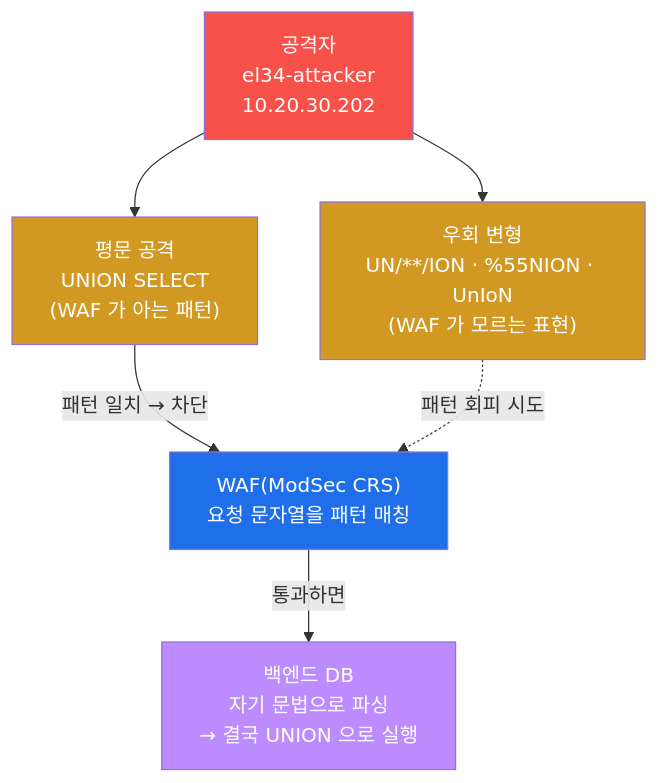
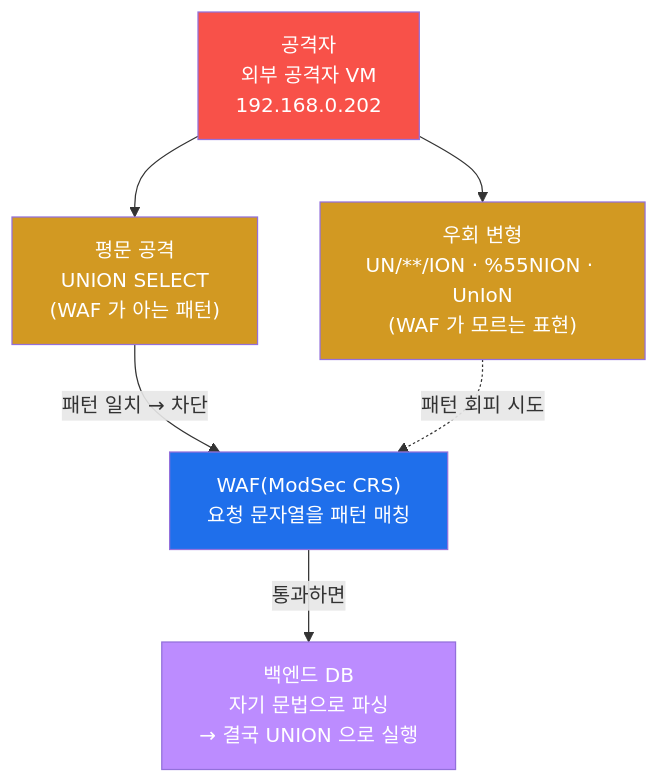
Before and after one commit to mrgrit/tw2: the first of 9 diagrams in contents/training/attack/lecture_week10.md, drawn with Mermaid. The commit also changed other lines of this file and 304 other files, not shown here.

````diff
--- a/contents/training/attack/lecture_week10.md
+++ b/contents/training/attack/lecture_week10.md
@@ -103,18 +103,18 @@
 ```mermaid
 graph TD
-    ATK["공격자<br/>el34-attacker<br/>10.20.30.202"]
+    ATK["공격자<br/>외부 공격자 VM<br/>192.168.0.202"]
     ORIG["평문 공격<br/>UNION SELECT<br/>(WAF 가 아는 패턴)"]
     EVADE["우회 변형<br/>UN/**/ION · %55NION · UnIoN<br/>(WAF 가 모르는 표현)"]
     WAF["WAF(ModSec CRS)<br/>요청 문자열을 패턴 매칭"]
     BACKEND["백엔드 DB<br/>자기 문법으로 파싱<br/>→ 결국 UNION 으로 실행"]
     ATK --> ORIG
     ATK --> EVADE
     ORIG -->|패턴 일치 → 차단| WAF
     EVADE -.->|패턴 회피 시도| WAF
     WAF -->|통과하면| BACKEND
     style ATK fill:#f85149,color:#fff
     style ORIG fill:#d29922,color:#fff
     style EVADE fill:#d29922,color:#fff
     style WAF fill:#1f6feb,color:#fff
     style BACKEND fill:#bc8cff,color:#fff
 ```
````
